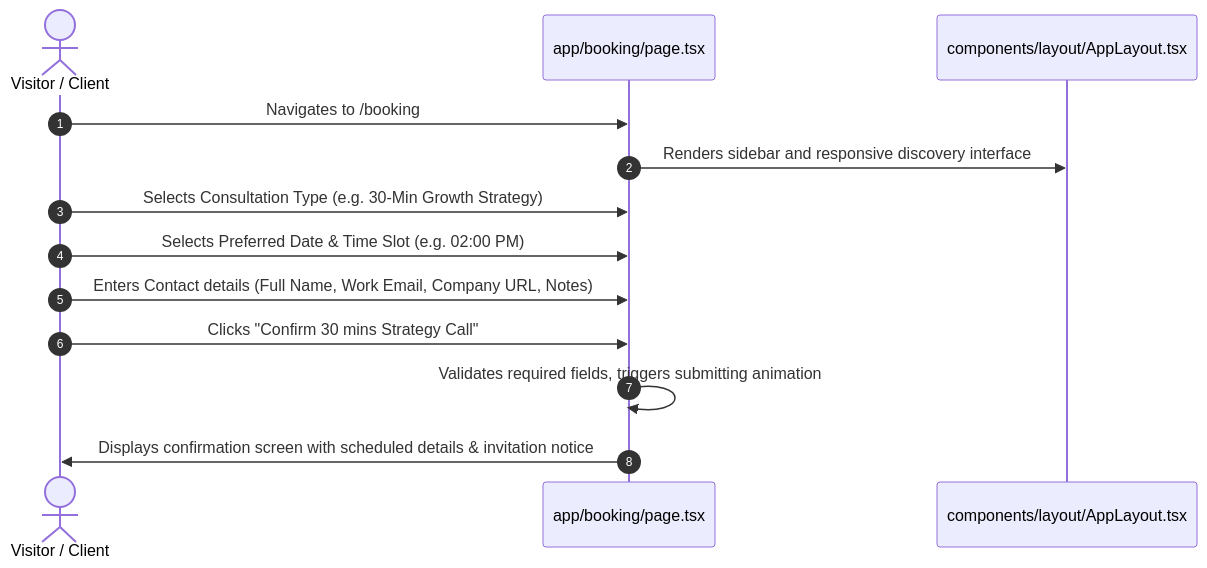
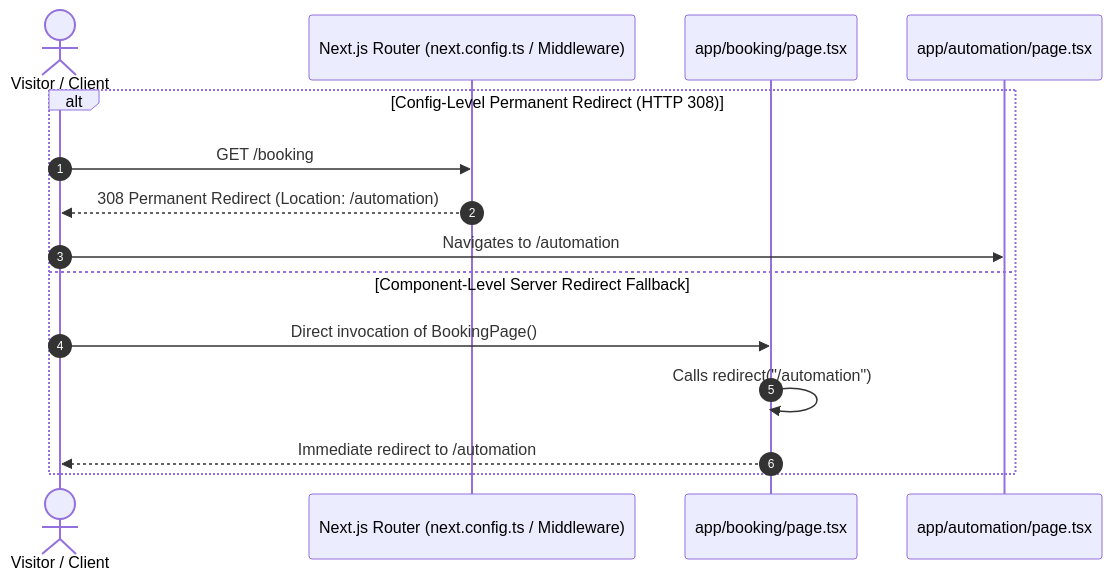
One commit to Sibasish2005/chartes.tech changed diagram 16 of 18 in data_flow.md. Above: the diagram before and after it, drawn with Mermaid. The commit also changed other lines of this file and 9 other files, not shown here.

Commit message:
feat: add landing page layout components, booking redirect, and privacy policy content page

````diff
--- a/data_flow.md
+++ b/data_flow.md
@@ -723,16 +724,18 @@
 ```mermaid
 sequenceDiagram
     autonumber
     actor User as Visitor / Client
+    participant Router as Next.js Router (next.config.ts / Middleware)
     participant BookingPage as app/booking/page.tsx
-    participant Layout as components/layout/AppLayout.tsx
+    participant Dash as app/automation/page.tsx
 
-    User->>BookingPage: Navigates to /booking
-    BookingPage->>Layout: Renders sidebar and responsive discovery interface
-    User->>BookingPage: Selects Consultation Type (e.g. 30-Min Growth Strategy)
-    User->>BookingPage: Selects Preferred Date & Time Slot (e.g. 02:00 PM)
-    User->>BookingPage: Enters Contact details (Full Name, Work Email, Company URL, Notes)
-    User->>BookingPage: Clicks "Confirm 30 mins Strategy Call"
-    BookingPage->>BookingPage: Validates required fields, triggers submitting animation
-    BookingPage->>User: Displays confirmation screen with scheduled details & invitation notice
+    alt Config-Level Permanent Redirect (HTTP 308)
+        User->>Router: GET /booking
+        Router-->>User: 308 Permanent Redirect (Location: /automation)
+        User->>Dash: Navigates to /automation
+    else Component-Level Server Redirect Fallback
+        User->>BookingPage: Direct invocation of BookingPage()
+        BookingPage->>BookingPage: Calls redirect("/automation")
+        BookingPage-->>User: Immediate redirect to /automation
+    end
 ```
````
